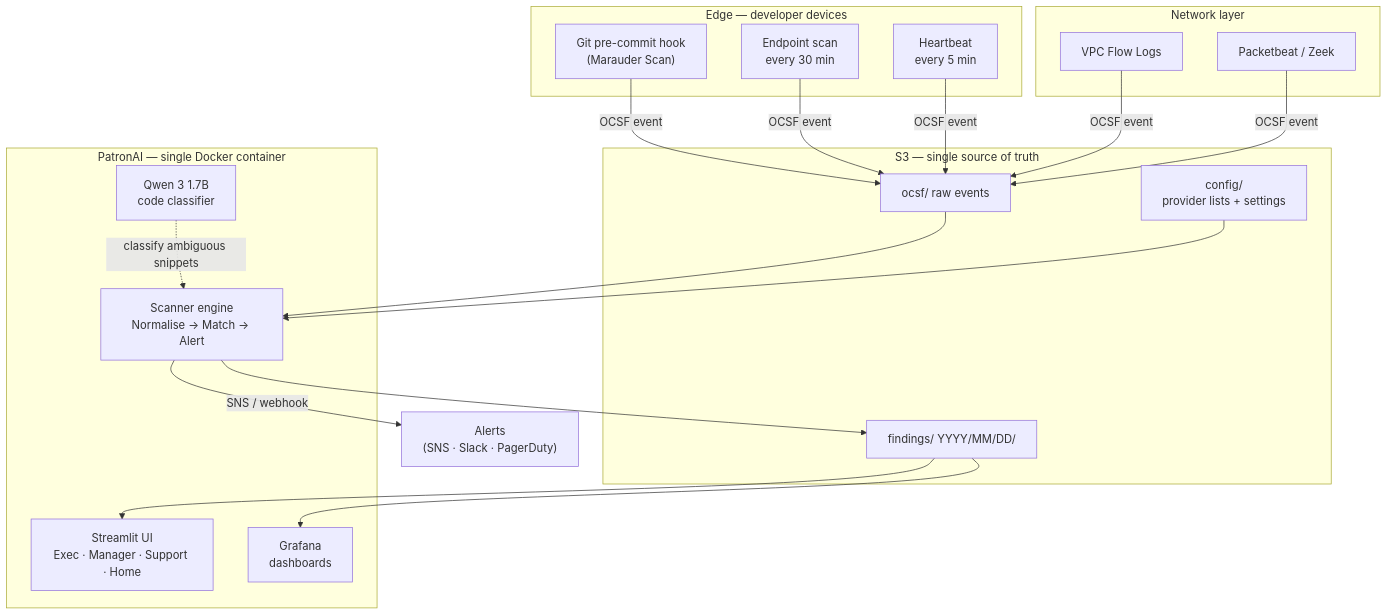
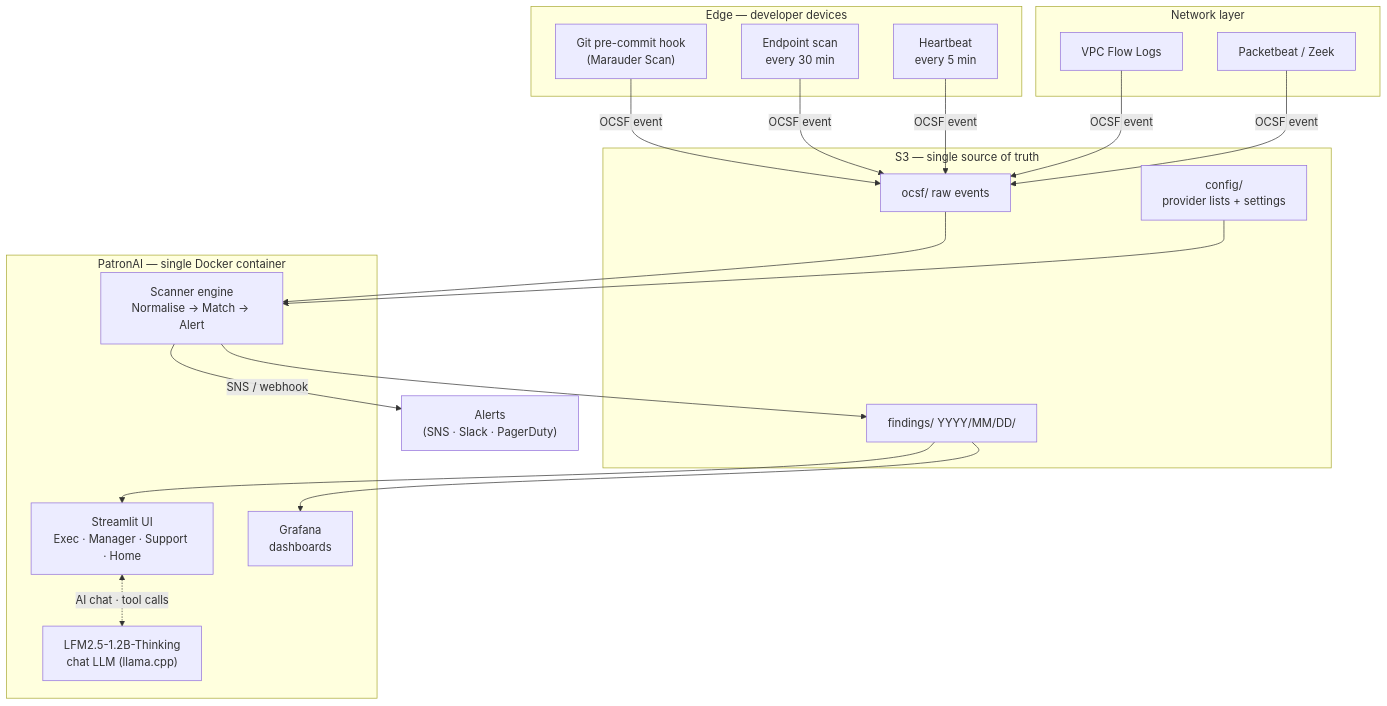
The diagram in README.md (giggsoinc/marauder-scan-complete), drawn with Mermaid before and after one commit. The commit also changed other lines of this file, not shown here.

First line of the commit message:
README: fix How-It-Works diagram — LFM2.5-1.2B-Thinking chat LLM, not Qwen code classifier

````diff
--- a/README.md
+++ b/README.md
@@ -73,40 +73,40 @@
 ```mermaid
 flowchart TD
     subgraph edge["Edge — developer devices"]
         hook["Git pre-commit hook\n(Marauder Scan)"]
         scan["Endpoint scan\nevery 30 min"]
         hb["Heartbeat\nevery 5 min"]
     end
 
     subgraph net["Network layer"]
         vpc["VPC Flow Logs"]
         pb["Packetbeat / Zeek"]
     end
 
     subgraph s3["S3 — single source of truth"]
         ocsf["ocsf/ raw events"]
         findings["findings/ YYYY/MM/DD/"]
         config["config/\nprovider lists + settings"]
     end
 
     subgraph platform["PatronAI — single Docker container"]
         scanner["Scanner engine\nNormalise → Match → Alert"]
         dash["Streamlit UI\nExec · Manager · Support · Home"]
         grafana["Grafana\ndashboards"]
-        llm["Qwen 3 1.7B\ncode classifier"]
+        llm["LFM2.5-1.2B-Thinking\nchat LLM (llama.cpp)"]
     end
 
     hook -->|OCSF event| ocsf
     scan -->|OCSF event| ocsf
     hb  -->|OCSF event| ocsf
     vpc -->|OCSF event| ocsf
     pb  -->|OCSF event| ocsf
 
     ocsf   --> scanner
     config --> scanner
     scanner --> findings
     scanner -->|SNS / webhook| alerts["Alerts\n(SNS · Slack · PagerDuty)"]
-    llm -.->|classify ambiguous snippets| scanner
     findings --> dash
     findings --> grafana
+    dash <-.->|AI chat · tool calls| llm
 ```
````
